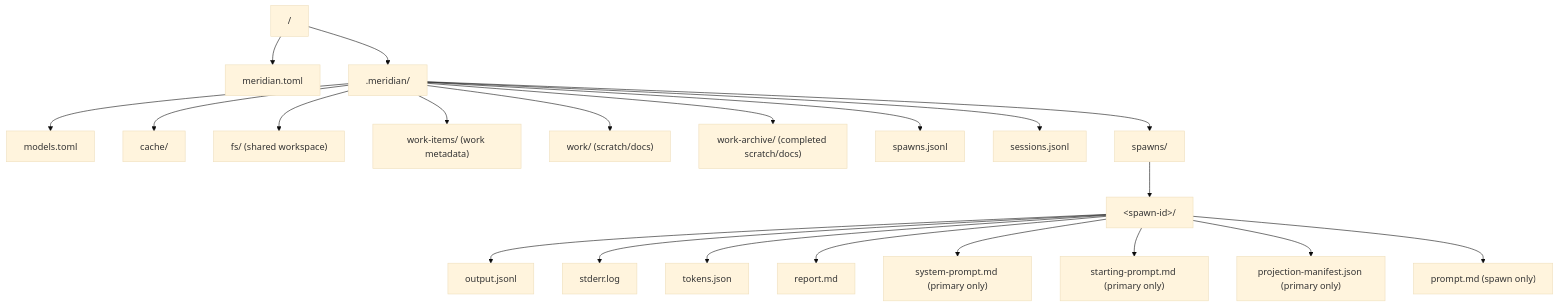
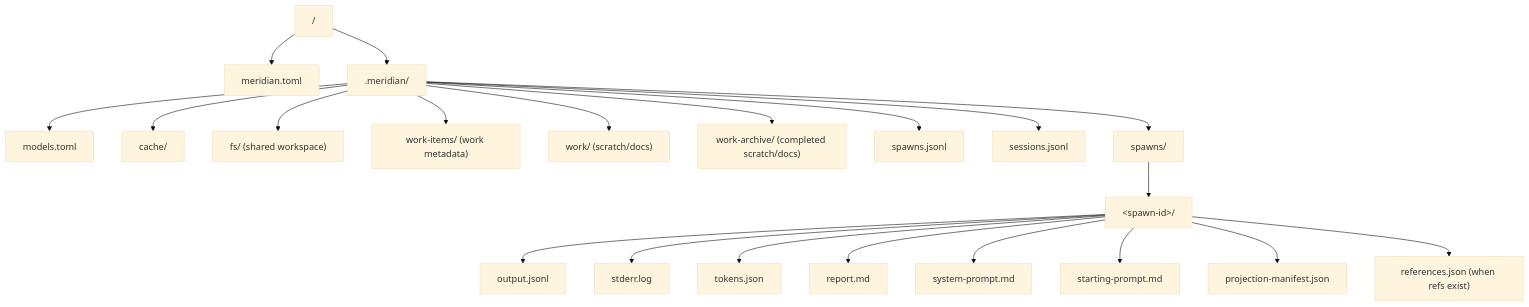
The fifth of 8 diagrams in docs/_internal/ARCHITECTURE.md (haowjy/meridian-channel), drawn with Mermaid (base theme) before and after one commit. The commit also changed other lines of this file and 1 other file, not shown here.

Commit message:
docs: correct stale internal docs after spawn projection refactor
After bd65a916, SPAWN_PREPARE uses project_content() and
write_projection_artifacts() for both primary and spawn paths.
Update _internal docs to match:

- ARCHITECTURE.md state diagram: drop primary/spawn-only labels from
  system-prompt.md, starting-prompt.md, projection-manifest.json;
  remove prompt.md node; add references.json node; update
  project_content() label to show it covers primary + spawn.
- harness-adapters.md: Content Channel Routing intro now says both
  primary and spawn use project_content(); Observability Artifacts
  section rewritten to cover all launches; add references.json row
  with adapter-owned routing note; update projection-manifest.json
  schema to show surface as "primary"|"spawn"; remove legacy prompt.md
  / filter_launch_content() backward-compat note and replace with
  deletion note.

````diff
--- a/docs/_internal/ARCHITECTURE.md
+++ b/docs/_internal/ARCHITECTURE.md
@@ -243,23 +243,23 @@
 ```mermaid
 graph TD
     Repo["<repo-root>/"] --> Config["meridian.toml"]
     Repo --> Root[".meridian/"]
     Root --> Models["models.toml"]
     Root --> Cache["cache/"]
     Root --> FS["fs/ (shared workspace)"]
     Root --> WorkItems["work-items/ (work metadata)"]
     Root --> Work["work/ (scratch/docs)"]
     Root --> WorkArchive["work-archive/ (completed scratch/docs)"]
     Root --> SpJ["spawns.jsonl"]
     Root --> SeJ["sessions.jsonl"]
     Root --> SpDir["spawns/"]
     SpDir --> Sp1["&lt;spawn-id&gt;/"]
     Sp1 --> Out["output.jsonl"]
     Sp1 --> Err["stderr.log"]
     Sp1 --> Tok["tokens.json"]
     Sp1 --> Rep["report.md"]
-    Sp1 --> SysP["system-prompt.md (primary only)"]
-    Sp1 --> StartP["starting-prompt.md (primary only)"]
-    Sp1 --> ProjM["projection-manifest.json (primary only)"]
-    Sp1 --> PrompMD["prompt.md (spawn only)"]
+    Sp1 --> SysP["system-prompt.md"]
+    Sp1 --> StartP["starting-prompt.md"]
+    Sp1 --> ProjM["projection-manifest.json"]
+    Sp1 --> RefJ["references.json (when refs exist)"]
 ```
````
